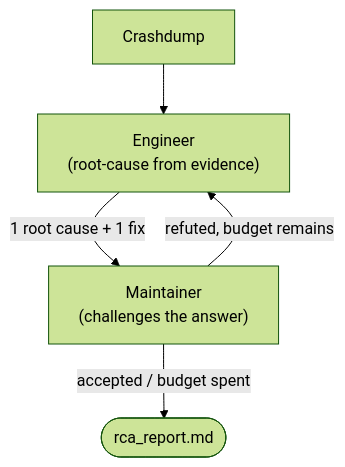
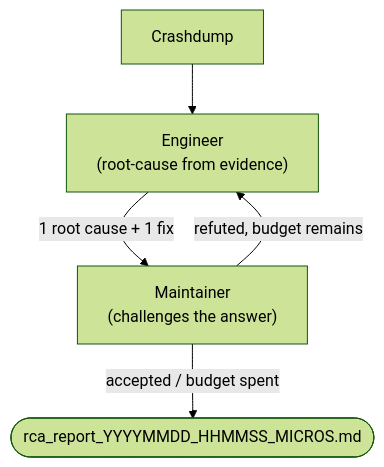
One commit to qualcomm/PatchWise changed the second of 2 diagrams in README.md. Above: the diagram before and after it, drawn with Mermaid (forest theme). The commit also changed other lines of this file and 11 other files, not shown here.

````diff
--- a/README.md
+++ b/README.md
@@ -203,7 +203,7 @@
 ```mermaid
 flowchart TD
     A["Crashdump"] --> B["Engineer\n(root-cause from evidence)"]
     B -->|"1 root cause + 1 fix"| C["Maintainer\n(challenges the answer)"]
     C -->|refuted, budget remains| B
-    C -->|accepted / budget spent| D(["rca_report.md"])
+    C -->|accepted / budget spent| D(["rca_report_YYYYMMDD_HHMMSS_MICROS.md"])
 ```
````
